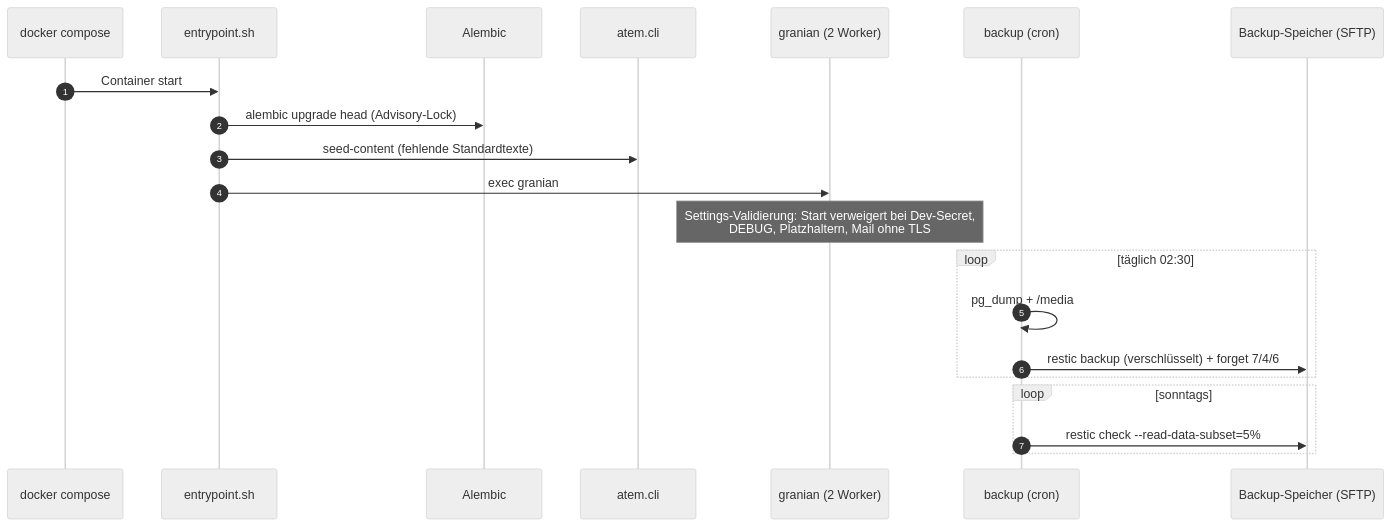
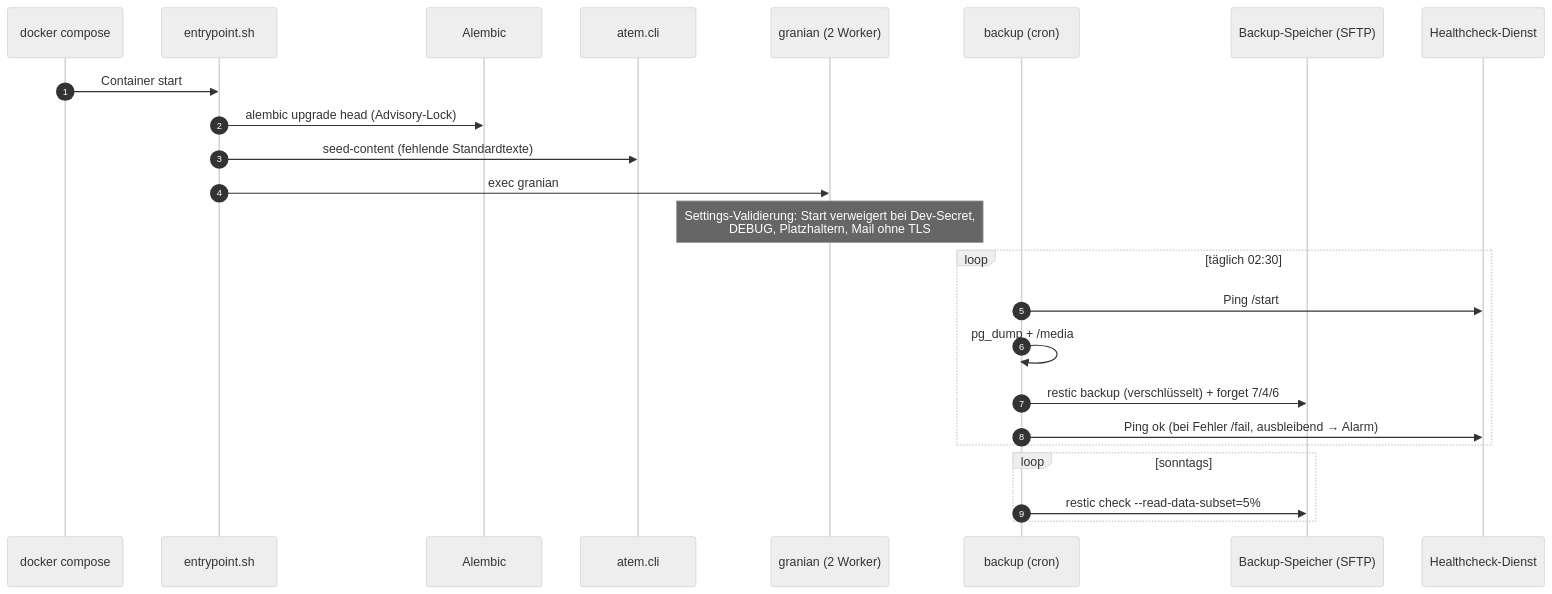
One commit to winSC1ENCE/pusterum changed the fifth of 6 diagrams in docs/architecture/sequence_diagrams.md. Above: the diagram before and after it, drawn with Mermaid (neutral theme). The commit also changed other lines of this file and 3 other files, not shown here.

First line of the commit message:
docs: architecture diagrams up to date (v1.1), encrypted system overview

````diff
--- a/docs/architecture/sequence_diagrams.md
+++ b/docs/architecture/sequence_diagrams.md
@@ -131,24 +134,27 @@
 ```mermaid
 sequenceDiagram
     autonumber
     participant D as docker compose
     participant E as entrypoint.sh
     participant AL as Alembic
     participant CLI as atem.cli
     participant G as granian (2 Worker)
     participant BK as backup (cron)
     participant SB as Backup-Speicher (SFTP)
+    participant HC as Healthcheck-Dienst
 
     D->>E: Container start
     E->>AL: alembic upgrade head (Advisory-Lock)
     E->>CLI: seed-content (fehlende Standardtexte)
     E->>G: exec granian
     Note over G: Settings-Validierung: Start verweigert bei Dev-Secret,<br/>DEBUG, Platzhaltern, Mail ohne TLS
     loop täglich 02:30
+        BK->>HC: Ping /start
         BK->>BK: pg_dump + /media
         BK->>SB: restic backup (verschlüsselt) + forget 7/4/6
+        BK->>HC: Ping ok (bei Fehler /fail, ausbleibend → Alarm)
     end
     loop sonntags
         BK->>SB: restic check --read-data-subset=5%
     end
 ```
````
